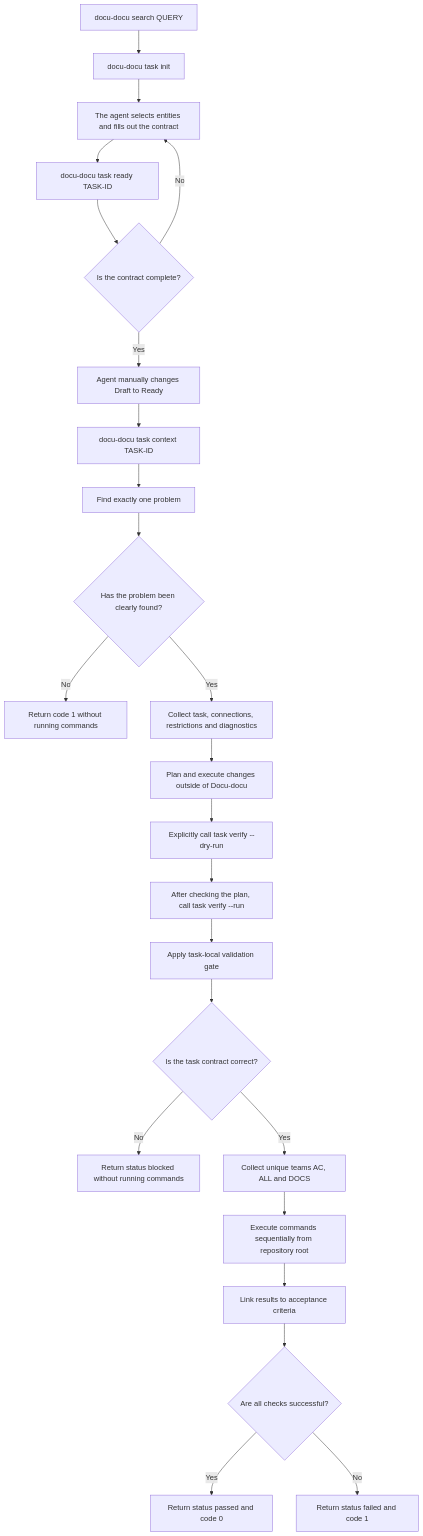
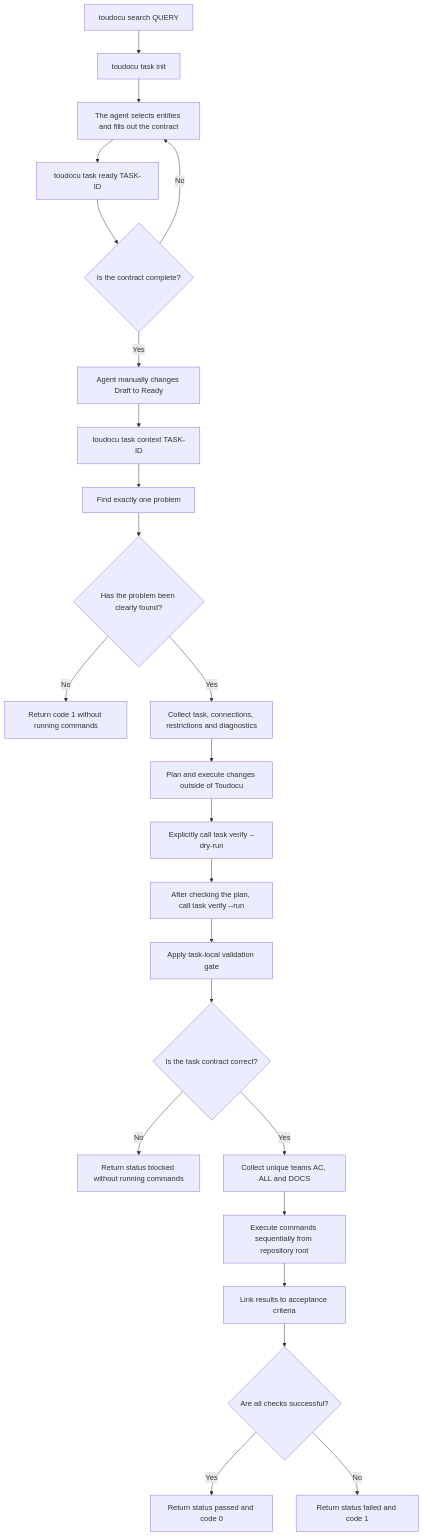
The diagram in docs-en/flows/FLOW-TASK-WORKFLOW.md (lumenikoly/toudocu), drawn with Mermaid before and after one commit. The commit also changed 446 other files, not shown here.

````diff
--- a/docs-en/flows/FLOW-TASK-WORKFLOW.md
+++ b/docs-en/flows/FLOW-TASK-WORKFLOW.md
@@ -13,26 +13,26 @@
 ```mermaid
 flowchart TD
-    Search["docu-docu search QUERY"] --> Init["docu-docu task init"]
+    Search["toudocu search QUERY"] --> Init["toudocu task init"]
     Init --> Fill["The agent selects entities and fills out the contract"]
-    Fill --> Ready["docu-docu task ready TASK-ID"]
+    Fill --> Ready["toudocu task ready TASK-ID"]
     Ready --> Complete{"Is the contract complete?"}
     Complete -->|No| Fill
     Complete -->|Yes| Status["Agent manually changes Draft to Ready"]
-    Status --> Context["docu-docu task context TASK-ID"]
+    Status --> Context["toudocu task context TASK-ID"]
     Context --> Find["Find exactly one problem"]
     Find --> Found{"Has the problem been clearly found?"}
     Found -->|No| ContextError["Return code 1 without running commands"]
     Found -->|Yes| Slice["Collect task, connections, restrictions and diagnostics"]
-    Slice --> Plan["Plan and execute changes outside of Docu-docu"]
+    Slice --> Plan["Plan and execute changes outside of Toudocu"]
     Plan --> DryRun["Explicitly call task verify --dry-run"]
     DryRun --> Check["After checking the plan, call task verify --run"]
     Check --> Gate["Apply task-local validation gate"]
     Gate --> Valid{"Is the task contract correct?"}
     Valid -->|No| Blocked["Return status blocked without running commands"]
     Valid -->|Yes| Commands["Collect unique teams AC, ALL and DOCS"]
     Commands --> Run["Execute commands sequentially from repository root"]
     Run --> Results["Link results to acceptance criteria"]
     Results --> Passed{"Are all checks successful?"}
     Passed -->|Yes| Success["Return status passed and code 0"]
     Passed -->|No| Failed["Return status failed and code 1"]
 ```
````
